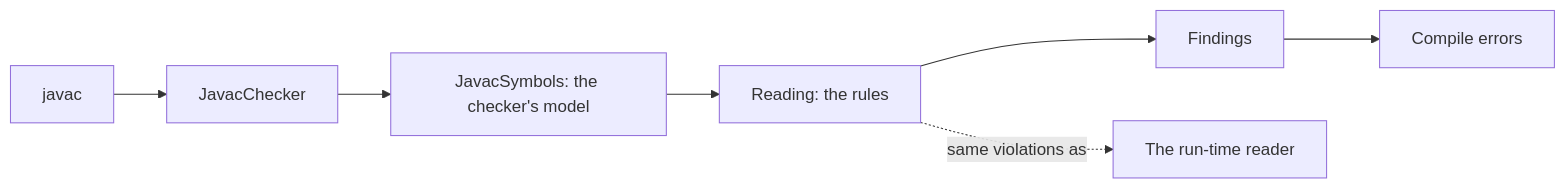
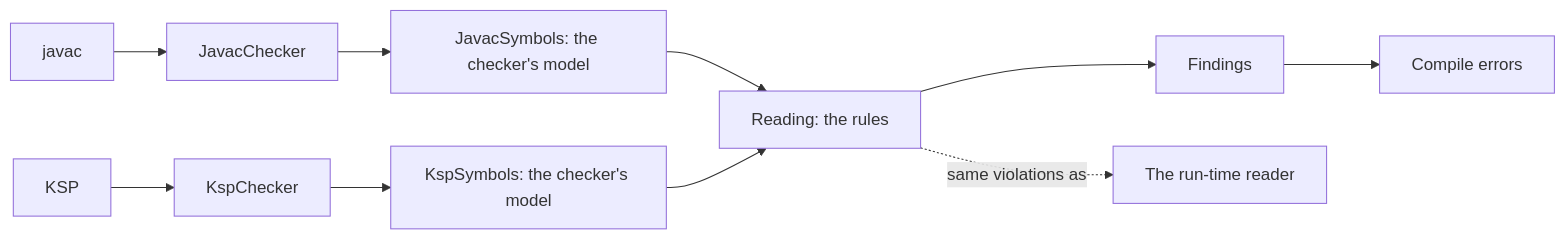
The fifth of 5 diagrams in docs/architecture.md (itinera-dev/itinera-j), drawn with Mermaid before and after one commit. The commit also changed other lines of this file and 34 other files, not shown here.

````diff
--- a/docs/architecture.md
+++ b/docs/architecture.md
@@ -149,11 +149,14 @@
 ```mermaid
 flowchart LR
     accTitle: How itinera-checker reports mistakes at compile time
-    accDescr: javac hands JavacChecker each class it compiles. JavacChecker reads each workflow class through JavacSymbols, as the checker's own model of classes, methods, parameters, types and annotations. Reading applies the rules to that model, once for each mode the class implements, and records each mistake among its Findings. JavacChecker reports each finding to javac as a compile error, on the declaration it concerns. A parity test describes every mistaken workflow of its fixtures with the run-time reader too, and expects the same violations, in the same words.
+    accDescr: javac hands JavacChecker each class it compiles, and KSP hands KspChecker the files the Kotlin compiler reads. JavacChecker reads each workflow class through JavacSymbols, and KspChecker through KspSymbols, both filling the checker's own model of classes, methods, parameters, types and annotations. Reading applies the rules to that model, once for each mode the class implements, and records each mistake among its Findings, which become compile errors, on the declarations they concern. Parity tests describe every mistaken workflow of their fixtures with the run-time reader too, and expect the same violations, in the same words.
     javac["javac"] --> checker["JavacChecker"]
+    ksp["KSP"] --> kspChecker["KspChecker"]
     checker --> symbols["JavacSymbols: the checker's model"]
+    kspChecker --> kspSymbols["KspSymbols: the checker's model"]
     symbols --> reading["Reading: the rules"]
+    kspSymbols --> reading
     reading --> findings["Findings"]
     findings --> errors["Compile errors"]
     reading -.->|"same violations as"| runtime["The run-time reader"]
 ```
````
